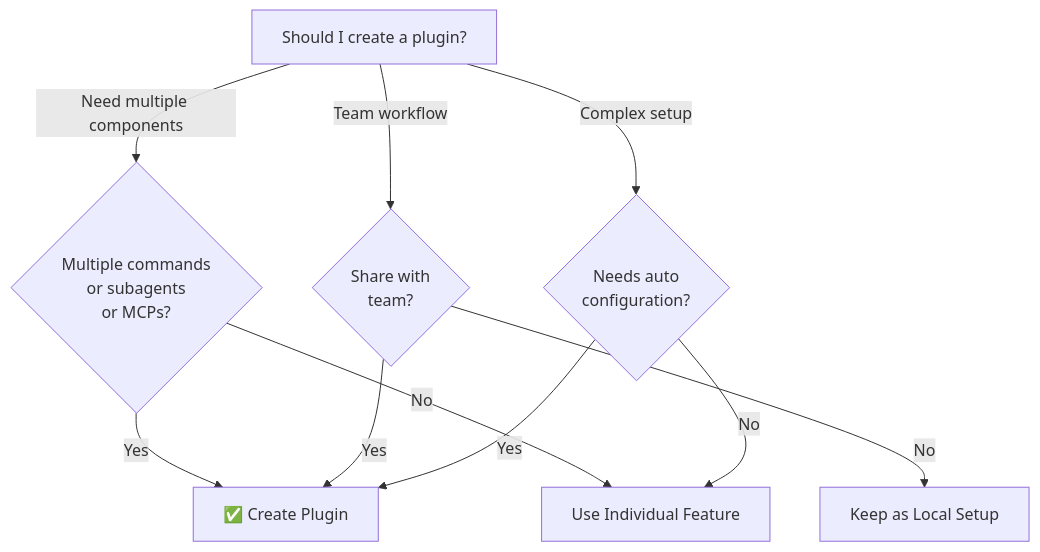
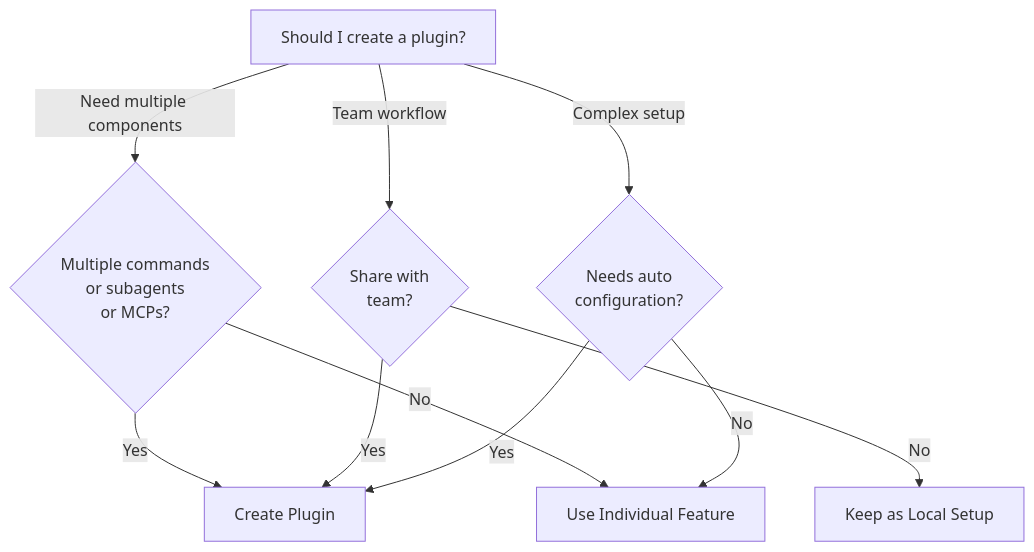
One commit to Gardendwarf/clrClaude changed the fifth of 5 diagrams in app/public/content/07-plugins/README.md. Above: the diagram before and after it, drawn with Mermaid. The commit also changed other lines of this file and 223 other files, not shown here.

````diff
--- a/app/public/content/07-plugins/README.md
+++ b/app/public/content/07-plugins/README.md
@@ -640,13 +640,13 @@
 ```mermaid
 graph TD
     A["Should I create a plugin?"]
     A -->|Need multiple components| B{"Multiple commands<br/>or subagents<br/>or MCPs?"}
-    B -->|Yes| C["✅ Create Plugin"]
+    B -->|Yes| C[" Create Plugin"]
     B -->|No| D["Use Individual Feature"]
     A -->|Team workflow| E{"Share with<br/>team?"}
     E -->|Yes| C
     E -->|No| F["Keep as Local Setup"]
     A -->|Complex setup| G{"Needs auto<br/>configuration?"}
     G -->|Yes| C
     G -->|No| D
 ```
````
